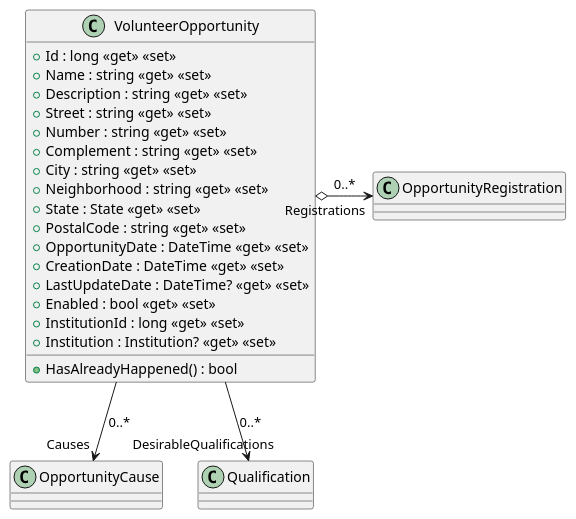
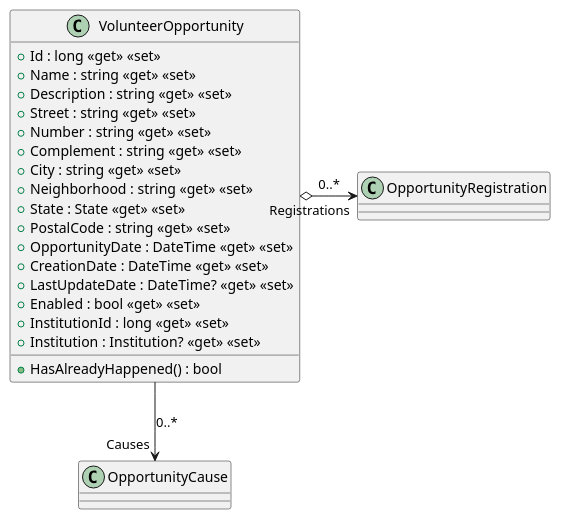
One commit to raulalvesre/WeCare changed the diagram in WeCare.Domain/puml/Models/VolunteerOpportunity.puml. Above: the diagram before and after it, drawn with PlantUML. The commit also changed 4 other files, not shown here.

```diff
--- a/WeCare.Domain/puml/Models/VolunteerOpportunity.puml
+++ b/WeCare.Domain/puml/Models/VolunteerOpportunity.puml
@@ -1,24 +1,23 @@
 @startuml
 class VolunteerOpportunity {
     + Id : long <<get>> <<set>>
     + Name : string <<get>> <<set>>
     + Description : string <<get>> <<set>>
     + Street : string <<get>> <<set>>
     + Number : string <<get>> <<set>>
     + Complement : string <<get>> <<set>>
     + City : string <<get>> <<set>>
     + Neighborhood : string <<get>> <<set>>
     + State : State <<get>> <<set>>
     + PostalCode : string <<get>> <<set>>
     + OpportunityDate : DateTime <<get>> <<set>>
     + CreationDate : DateTime <<get>> <<set>>
     + LastUpdateDate : DateTime? <<get>> <<set>>
     + Enabled : bool <<get>> <<set>>
     + InstitutionId : long <<get>> <<set>>
     + Institution : Institution? <<get>> <<set>>
     + HasAlreadyHappened() : bool
 }
 VolunteerOpportunity --> "Causes" OpportunityCause : 0..*
 VolunteerOpportunity o-> "Registrations" OpportunityRegistration : 0..*
-VolunteerOpportunity --> "DesirableQualifications" Qualification : 0..*
 @enduml
```
